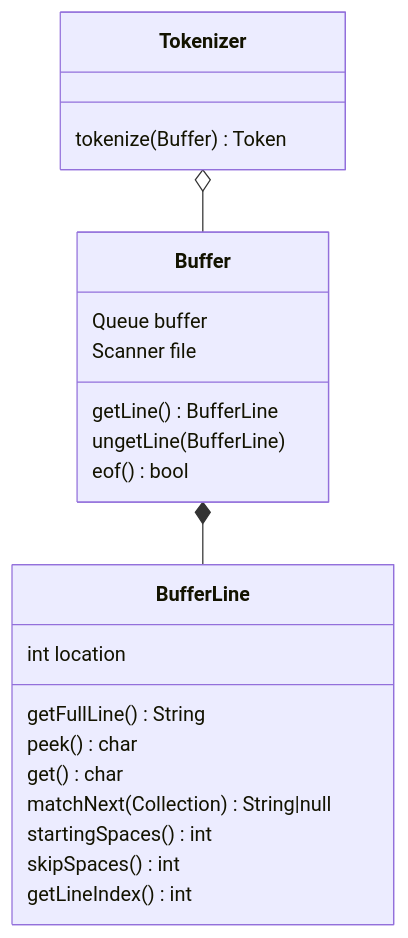
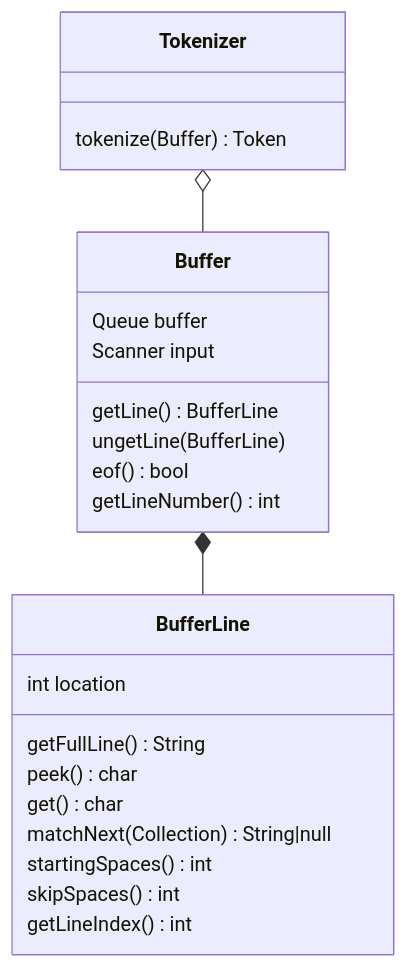
One commit to Jzhyang1/Monomer changed the first of 8 diagrams in Implementation.md. Above: the diagram before and after it, drawn with Mermaid. The commit also changed other lines of this file, not shown here.

````diff
--- a/Implementation.md
+++ b/Implementation.md
@@ -58,24 +58,23 @@
 ```mermaid
 classDiagram
 Tokenizer o-- Buffer
 Buffer *-- BufferLine
 
 Tokenizer: tokenize(Buffer) Token
 
-Buffer
 Buffer: Queue buffer
-Buffer: Scanner file
+Buffer: Scanner input
 Buffer: getLine() BufferLine
 Buffer: ungetLine(BufferLine)
 Buffer: eof() bool
-Buf
+Buffer: getLineNumber() int
 
 BufferLine: int location
 BufferLine: getFullLine() String
 BufferLine: peek() char
 BufferLine: get() char
 BufferLine: matchNext(Collection<String>) String|null
 BufferLine: startingSpaces() int
 BufferLine: skipSpaces() int
 BufferLine: getLineIndex() int
 ```
````
